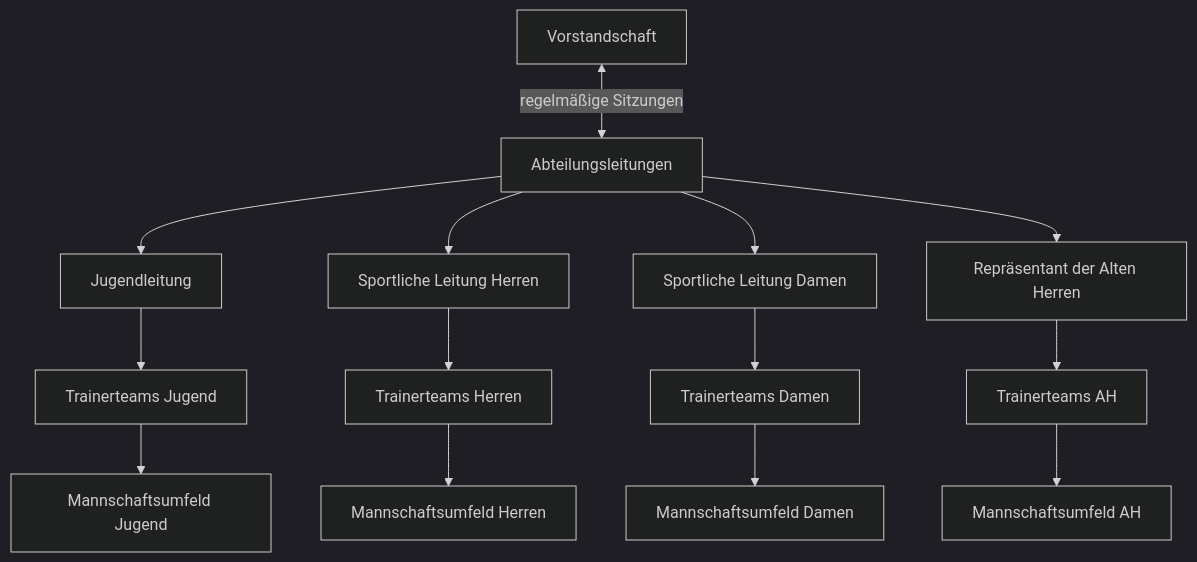
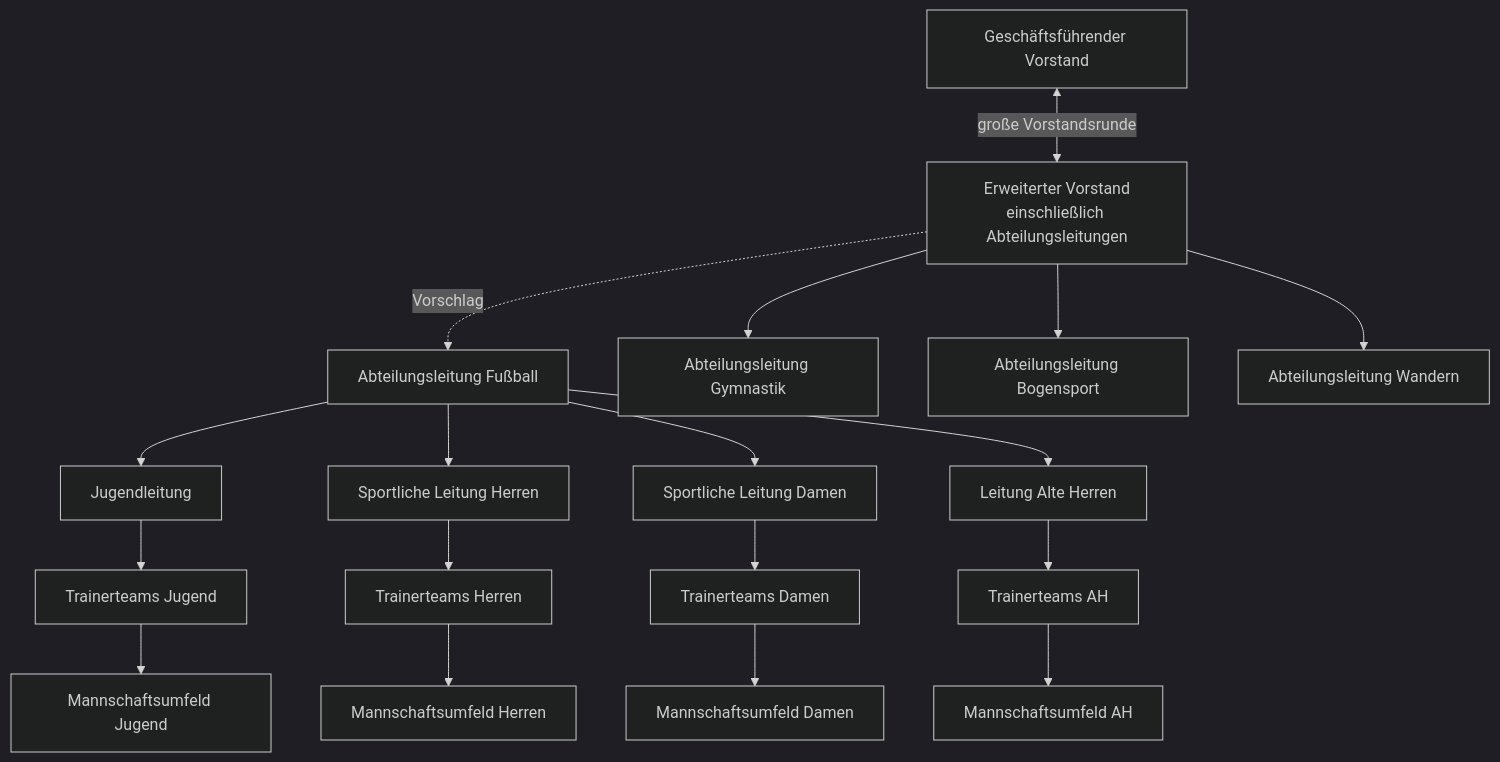
The second of 2 diagrams in diagramme/interne-kommunikation-organigramm.md (Gerinjo/bsv-strategie-2031), drawn with Mermaid (dark theme) before and after one commit. The commit also changed other lines of this file and 8 other files, not shown here.

````diff
--- a/diagramme/interne-kommunikation-organigramm.md
+++ b/diagramme/interne-kommunikation-organigramm.md
@@ -57,19 +57,24 @@
 ```mermaid
 flowchart TD
-    V[Vorstandschaft] <-->|regelmäßige Sitzungen| AL[Abteilungsleitungen]
+    GV[Geschäftsführender Vorstand] <-->|große Vorstandsrunde| EV[Erweiterter Vorstand<br/>einschließlich Abteilungsleitungen]
 
-    AL --> JL[Jugendleitung]
-    AL --> SH[Sportliche Leitung Herren]
-    AL --> SD[Sportliche Leitung Damen]
-    AL --> AH[Repräsentant der Alten Herren]
+    EV -.->|Vorschlag| AF[Abteilungsleitung Fußball]
+    EV --> AG[Abteilungsleitung Gymnastik]
+    EV --> AB[Abteilungsleitung Bogensport]
+    EV --> AW[Abteilungsleitung Wandern]
+
+    AF --> JL[Jugendleitung]
+    AF --> SH[Sportliche Leitung Herren]
+    AF --> SD[Sportliche Leitung Damen]
+    AF --> AH[Leitung Alte Herren]
 
     JL --> TJ[Trainerteams Jugend]
     SH --> TH[Trainerteams Herren]
     SD --> TD[Trainerteams Damen]
     AH --> TAH[Trainerteams AH]
 
     TJ --> MJ[Mannschaftsumfeld Jugend]
     TH --> MH[Mannschaftsumfeld Herren]
     TD --> MD[Mannschaftsumfeld Damen]
     TAH --> MAH[Mannschaftsumfeld AH]
 ```
````
